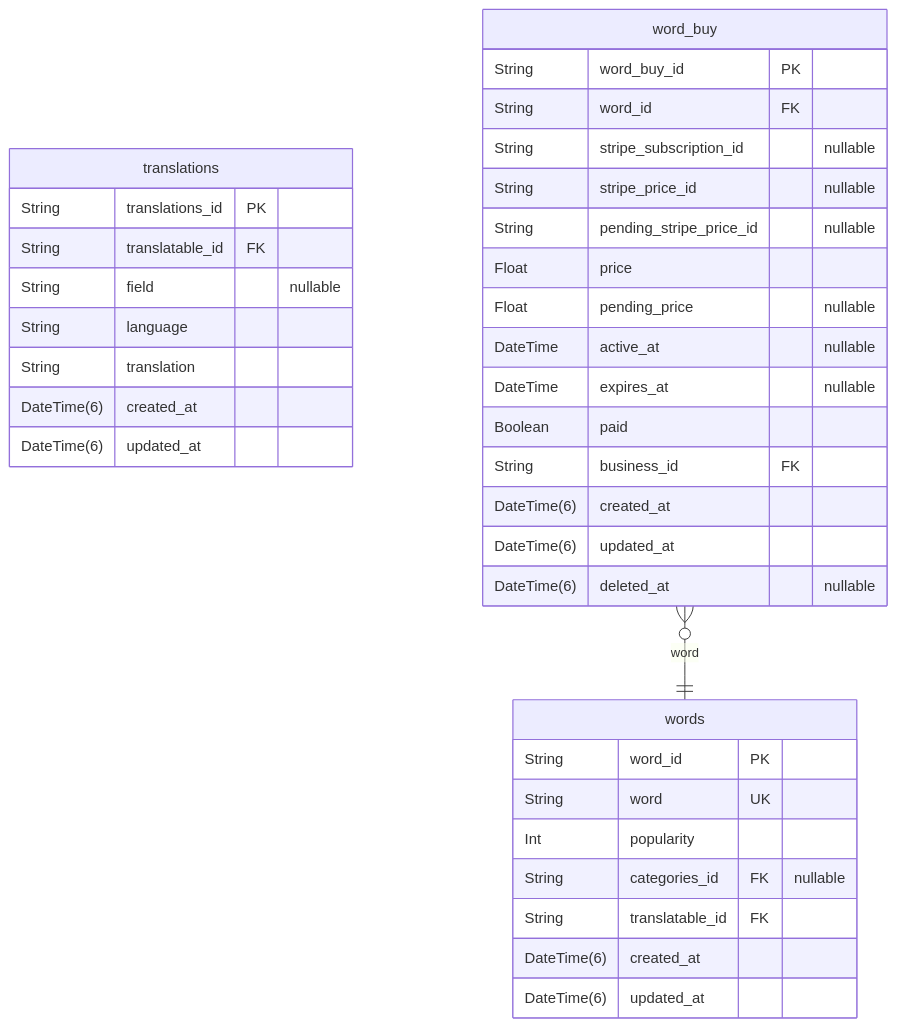
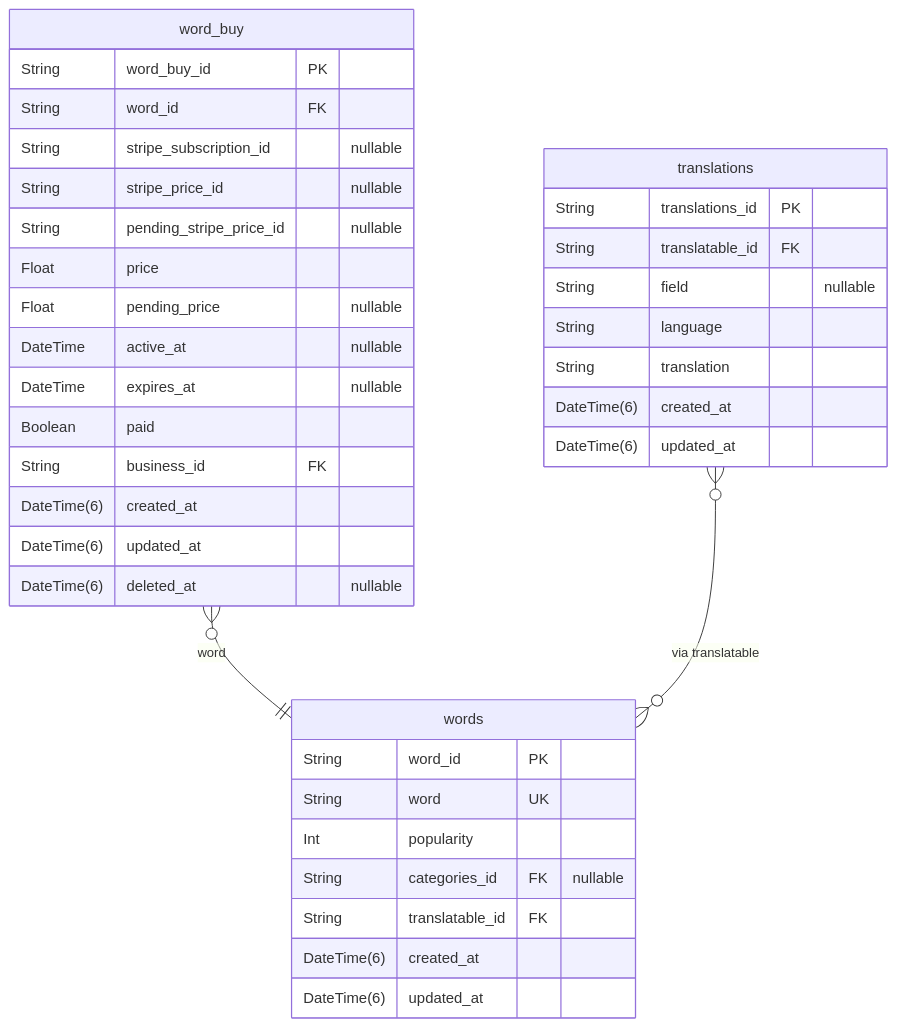
One commit to pbozic/be-analyisis changed diagram 12 of 37 in prisma/schemas/ERD.md. Above: the diagram before and after it, drawn with Mermaid. The commit also changed other lines of this file and 6 other files, not shown here.

Commit message:
feature: update to ERD generation with post-processing function

````diff
--- a/prisma/schemas/ERD.md
+++ b/prisma/schemas/ERD.md
@@ -2873,38 +3068,40 @@
 ```mermaid
 erDiagram
 "words" {
   String word_id PK
   String word UK
   Int popularity
   String categories_id FK "nullable"
   String translatable_id FK
   DateTime(6) created_at
   DateTime(6) updated_at
 }
 "translations" {
   String translations_id PK
   String translatable_id FK
   String field "nullable"
   String language
   String translation
   DateTime(6) created_at
   DateTime(6) updated_at
 }
 "word_buy" {
   String word_buy_id PK
   String word_id FK
   String stripe_subscription_id "nullable"
   String stripe_price_id "nullable"
   String pending_stripe_price_id "nullable"
   Float price
   Float pending_price "nullable"
   DateTime active_at "nullable"
   DateTime expires_at "nullable"
   Boolean paid
   String business_id FK
   DateTime(6) created_at
   DateTime(6) updated_at
   DateTime(6) deleted_at "nullable"
 }
 "word_buy" }o--|| "words" : word
+
+"translations" }o--o{ "words" : "via translatable"
 ```
````
